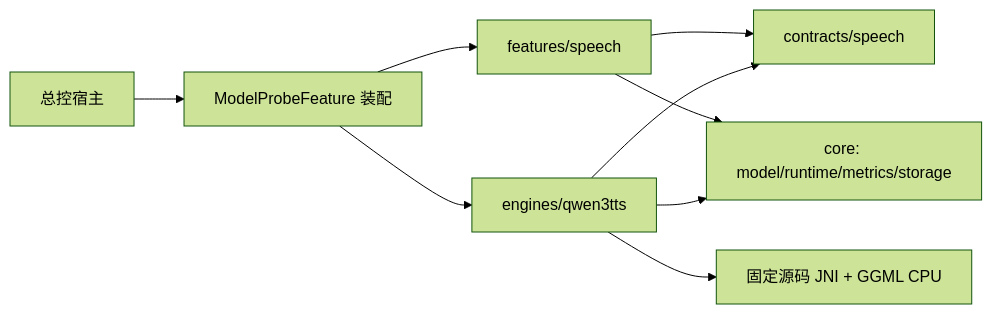
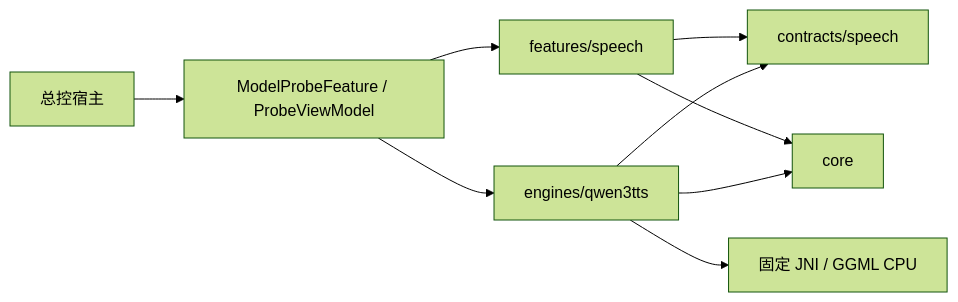
Before and after one commit to zzf122561-bot/English-learning-app: the diagram in experiments/tts-device-probe/ARCHITECTURE.md, drawn with Mermaid (forest theme). The commit also changed other lines of this file and 25 other files, not shown here.

Commit message:
feat(model-probe): add extensible offline device validation UI and runtime

````diff
--- a/experiments/tts-device-probe/ARCHITECTURE.md
+++ b/experiments/tts-device-probe/ARCHITECTURE.md
@@ -20,11 +20,11 @@
 ```mermaid
 flowchart LR
-  H[总控宿主] --> R[ModelProbeFeature 装配]
+  H[总控宿主] --> R[ModelProbeFeature / ProbeViewModel]
   R --> S[features/speech]
   R --> Q[engines/qwen3tts]
   S --> C[contracts/speech]
   Q --> C
-  S --> K[core: model/runtime/metrics/storage]
+  S --> K[core]
   Q --> K
-  Q --> N[固定源码 JNI + GGML CPU]
+  Q --> N[固定 JNI / GGML CPU]
 ```
````
